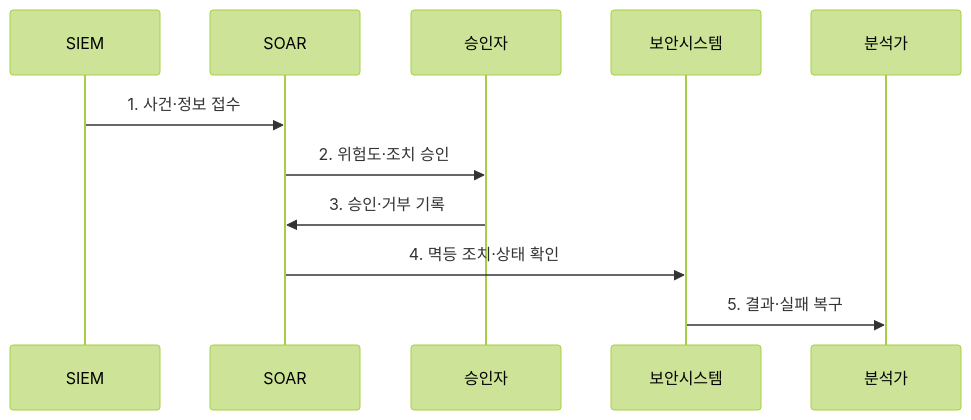
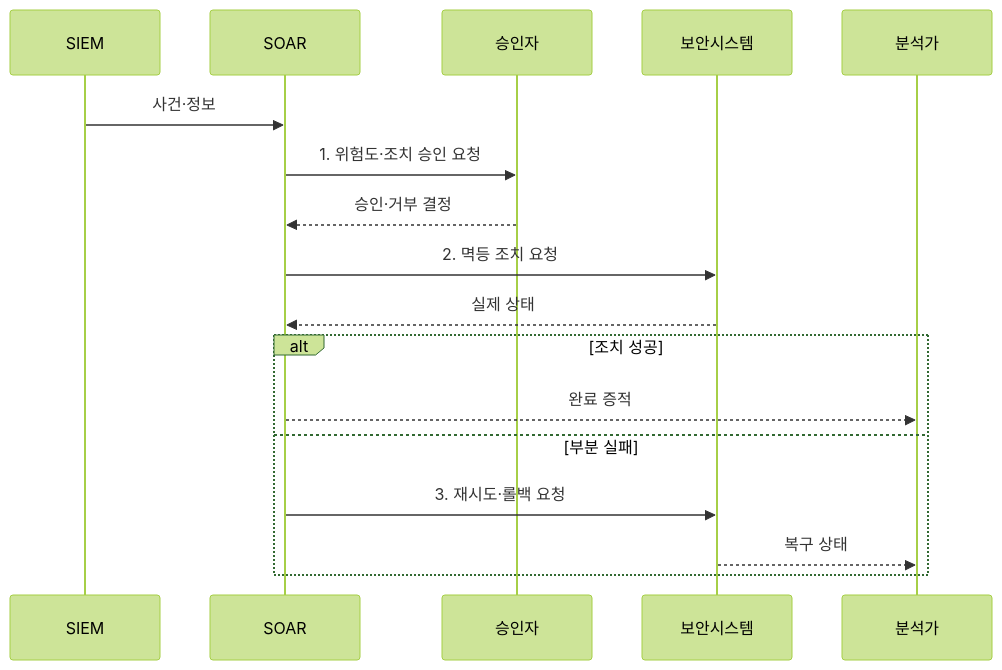
Before and after one commit to agnusdei1207/knowledge-base: the second of 2 diagrams in src/content/docs/notes/05-security/036_soar.md, drawn with Mermaid (forest theme). The commit also changed other lines of this file and 20 other files, not shown here.

````diff
--- a/src/content/docs/notes/05-security/036_soar.md
+++ b/src/content/docs/notes/05-security/036_soar.md
@@ -81,13 +83,19 @@
 ```mermaid
 sequenceDiagram
     participant SIEM
     participant SOAR
     participant 승인자
     participant 보안시스템
     participant 분석가
-    SIEM->>SOAR: 1. 사건·정보 접수
-    SOAR->>승인자: 2. 위험도·조치 승인
-    승인자->>SOAR: 3. 승인·거부 기록
-    SOAR->>보안시스템: 4. 멱등 조치·상태 확인
-    보안시스템->>분석가: 5. 결과·실패 복구
+    SIEM->>SOAR: 사건·정보
+    SOAR->>승인자: 1. 위험도·조치 승인 요청
+    승인자-->>SOAR: 승인·거부 결정
+    SOAR->>보안시스템: 2. 멱등 조치 요청
+    보안시스템-->>SOAR: 실제 상태
+    alt 조치 성공
+        SOAR-->>분석가: 완료 증적
+    else 부분 실패
+        SOAR->>보안시스템: 3. 재시도·롤백 요청
+        보안시스템-->>분석가: 복구 상태
+    end
 ```
````
